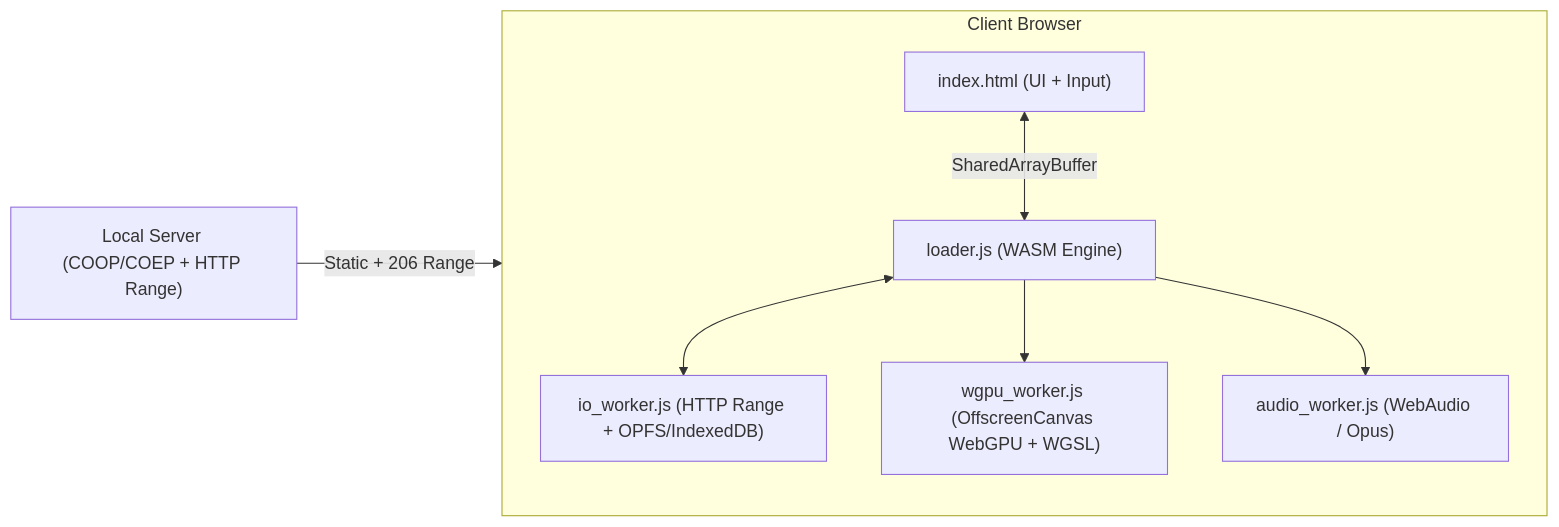
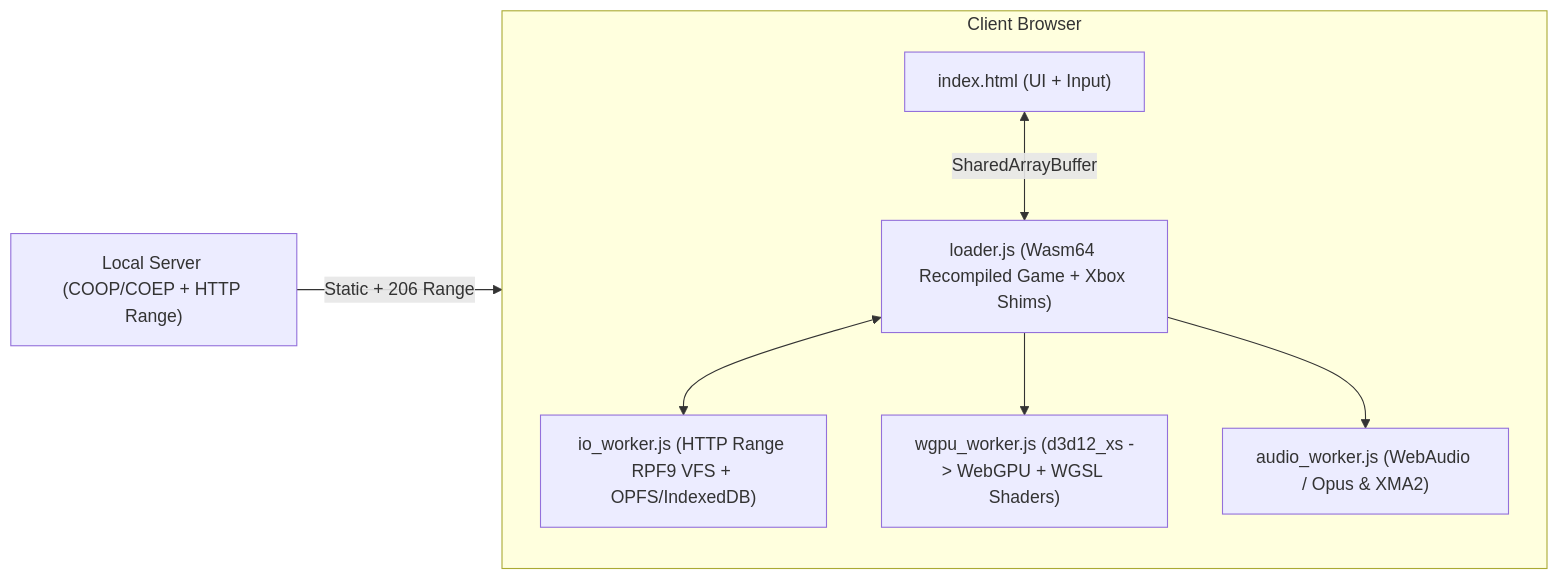
One commit to GDemay/playGreg6web changed the diagram in README.md. Above: the diagram before and after it, drawn with Mermaid. The commit also changed other lines of this file, not shown here.

Commit message:
Focus README directly on running GTA 6 in-browser via Wasm64 + WebGPU

````diff
--- a/README.md
+++ b/README.md
@@ -14,10 +14,10 @@
 ```mermaid
 flowchart LR
     Server["Local Server (COOP/COEP + HTTP Range)"] -->|Static + 206 Range| Browser
     subgraph Browser["Client Browser"]
-        Main["index.html (UI + Input)"] <-->|SharedArrayBuffer| Loader["loader.js (WASM Engine)"]
-        Loader <--> IO["io_worker.js (HTTP Range + OPFS/IndexedDB)"]
-        Loader --> WGPU["wgpu_worker.js (OffscreenCanvas WebGPU + WGSL)"]
-        Loader --> Audio["audio_worker.js (WebAudio / Opus)"]
+        Main["index.html (UI + Input)"] <-->|SharedArrayBuffer| Loader["loader.js (Wasm64 Recompiled Game + Xbox Shims)"]
+        Loader <--> IO["io_worker.js (HTTP Range RPF9 VFS + OPFS/IndexedDB)"]
+        Loader --> WGPU["wgpu_worker.js (d3d12_xs -> WebGPU + WGSL Shaders)"]
+        Loader --> Audio["audio_worker.js (WebAudio / Opus & XMA2)"]
     end
 ```
````
